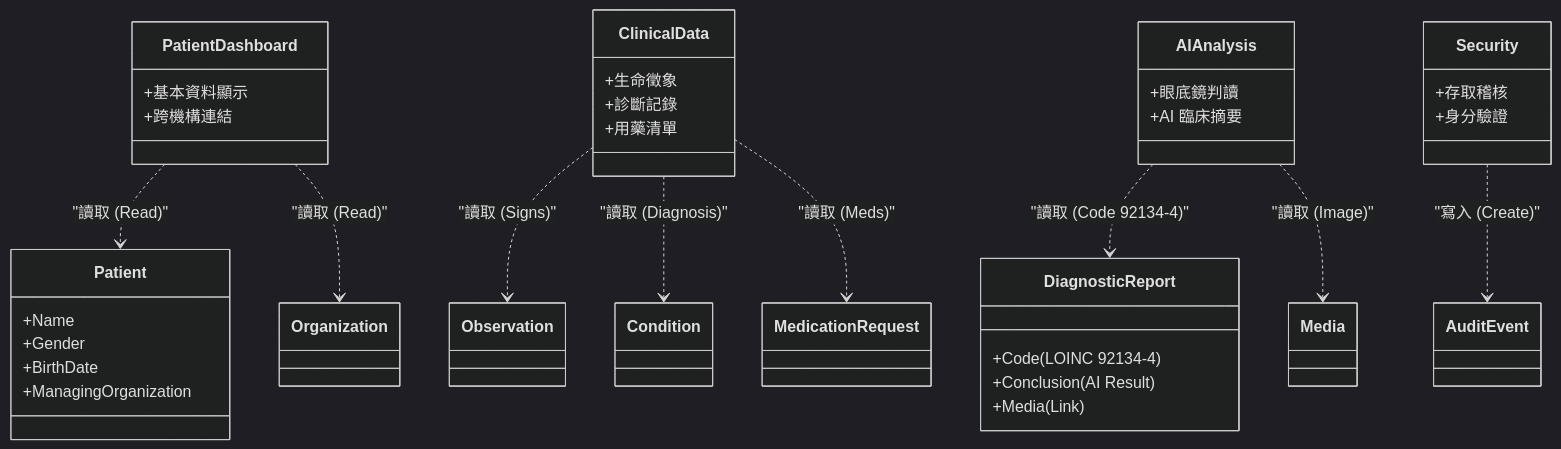
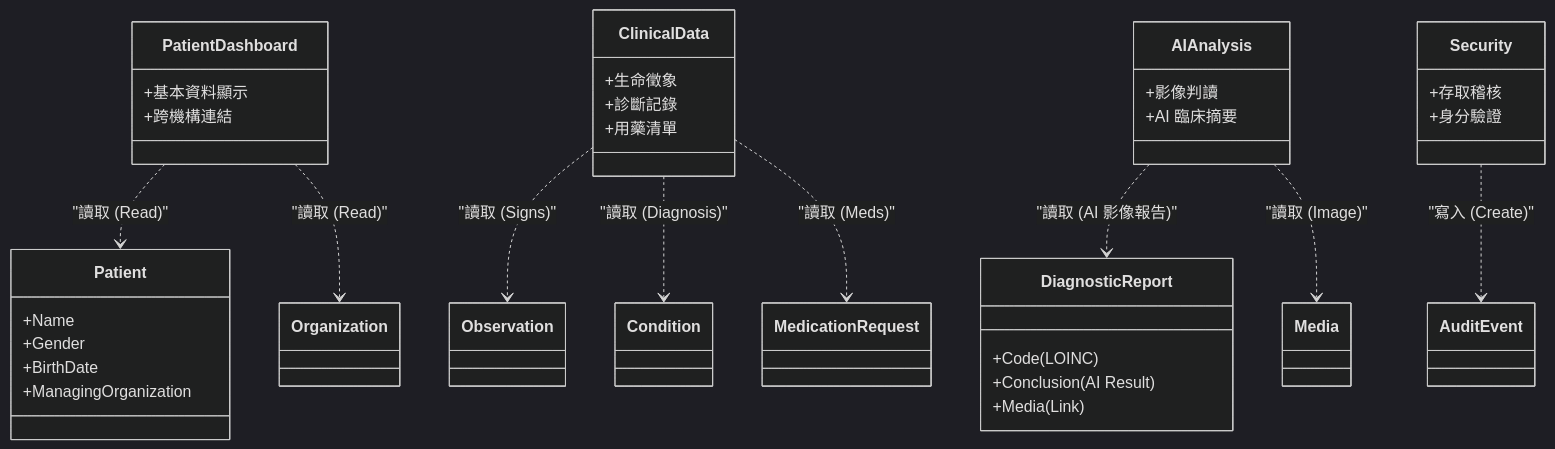
The first of 3 diagrams in README.md (ntuh-melandz/ntuh-melandz.github.io), drawn with Mermaid (dark theme) before and after one commit. The commit also changed other lines of this file and 3 other files, not shown here.

````diff
--- a/README.md
+++ b/README.md
@@ -13,44 +13,44 @@
 ```mermaid
 classDiagram
     class PatientDashboard {
         +基本資料顯示
         +跨機構連結
     }
     class ClinicalData {
         +生命徵象
         +診斷記錄
         +用藥清單
     }
     class AIAnalysis {
-        +眼底鏡判讀
+        +影像判讀
         +AI 臨床摘要
     }
     class Security {
         +存取稽核
         +身分驗證
     }
 
     PatientDashboard ..> Patient : "讀取 (Read)"
     PatientDashboard ..> Organization : "讀取 (Read)"
     
     ClinicalData ..> Observation : "讀取 (Signs)"
     ClinicalData ..> Condition : "讀取 (Diagnosis)"
     ClinicalData ..> MedicationRequest : "讀取 (Meds)"
     
-    AIAnalysis ..> DiagnosticReport : "讀取 (Code 92134-4)"
+    AIAnalysis ..> DiagnosticReport : "讀取 (AI 影像報告)"
     AIAnalysis ..> Media : "讀取 (Image)"
     
     Security ..> AuditEvent : "寫入 (Create)"
     
     class Patient {
         +Name
         +Gender
         +BirthDate
         +ManagingOrganization
     }
     class DiagnosticReport {
-        +Code (LOINC 92134-4)
+        +Code (LOINC)
         +Conclusion (AI Result)
         +Media (Link)
     }
 ```
````
